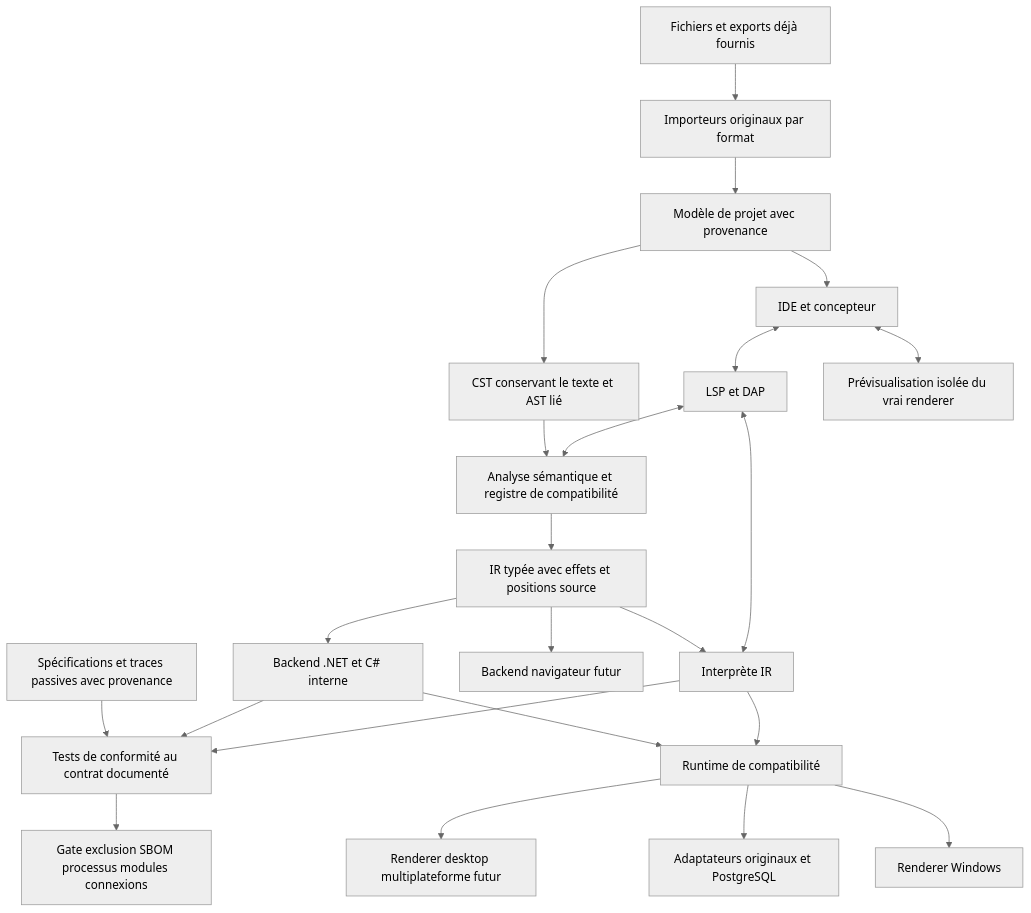
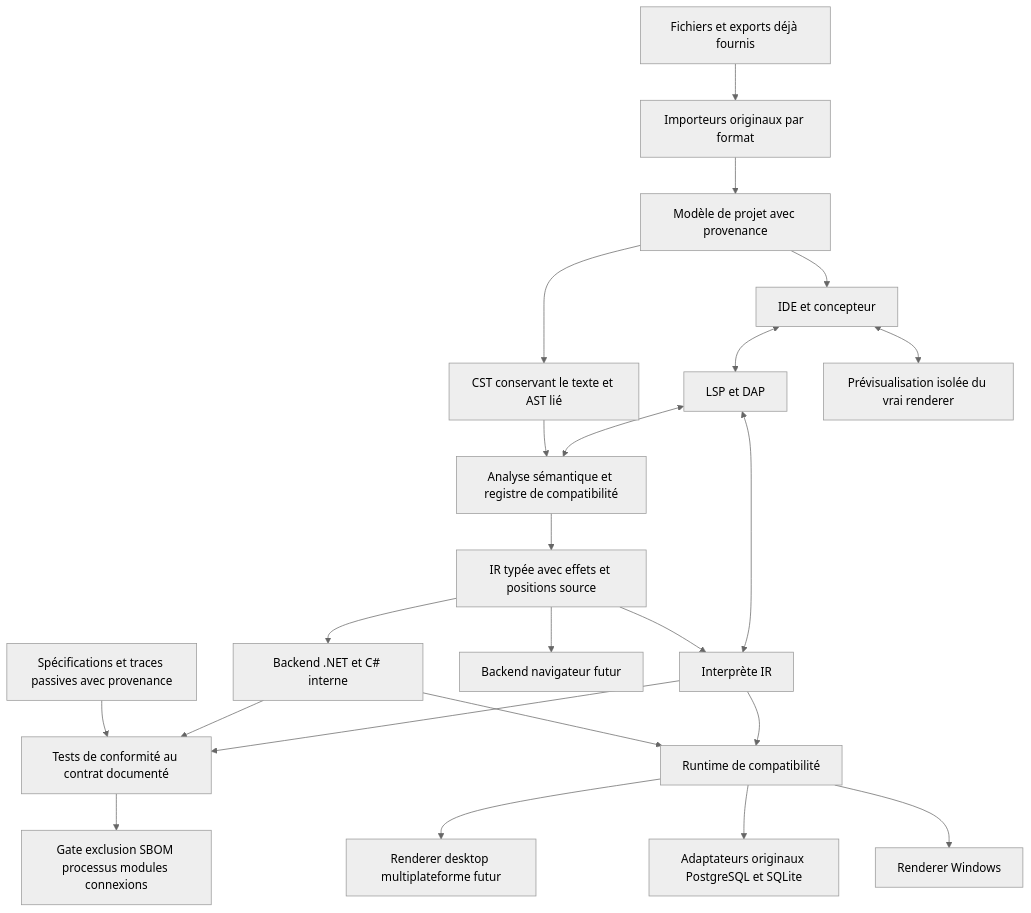
The diagram in docs/05-architecture-cible.md (Kalexand22/wlangage-migration-research), drawn with Mermaid (neutral theme) before and after one commit. The commit also changed other lines of this file and 52 other files, not shown here.

````diff
--- a/docs/05-architecture-cible.md
+++ b/docs/05-architecture-cible.md
@@ -51,25 +51,25 @@
 ```mermaid
 flowchart TD
     A[Fichiers et exports déjà fournis] --> B[Importeurs originaux par format]
     B --> C[Modèle de projet avec provenance]
     C --> D[CST conservant le texte et AST lié]
     D --> E[Analyse sémantique et registre de compatibilité]
     E --> F[IR typée avec effets et positions source]
     F --> G[Backend .NET et C# interne]
     F --> H[Interprète IR]
     F --> I[Backend navigateur futur]
     G --> J[Runtime de compatibilité]
     H --> J
     J --> K[Renderer Windows]
-    J --> L[Adaptateurs originaux et PostgreSQL]
+    J --> L[Adaptateurs originaux PostgreSQL et SQLite]
     J --> M[Renderer desktop multiplateforme futur]
     C --> N[IDE et concepteur]
     N <--> O[LSP et DAP]
     O <--> E
     O <--> H
     N <--> P[Prévisualisation isolée du vrai renderer]
     Q[Spécifications et traces passives avec provenance] --> R[Tests de conformité au contrat documenté]
     G --> R
     H --> R
     R --> S[Gate exclusion SBOM processus modules connexions]
 ```
````
